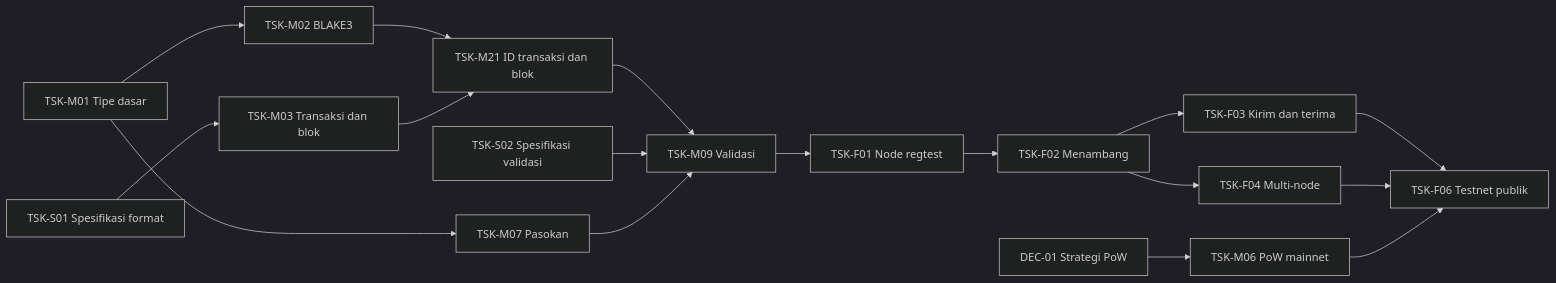
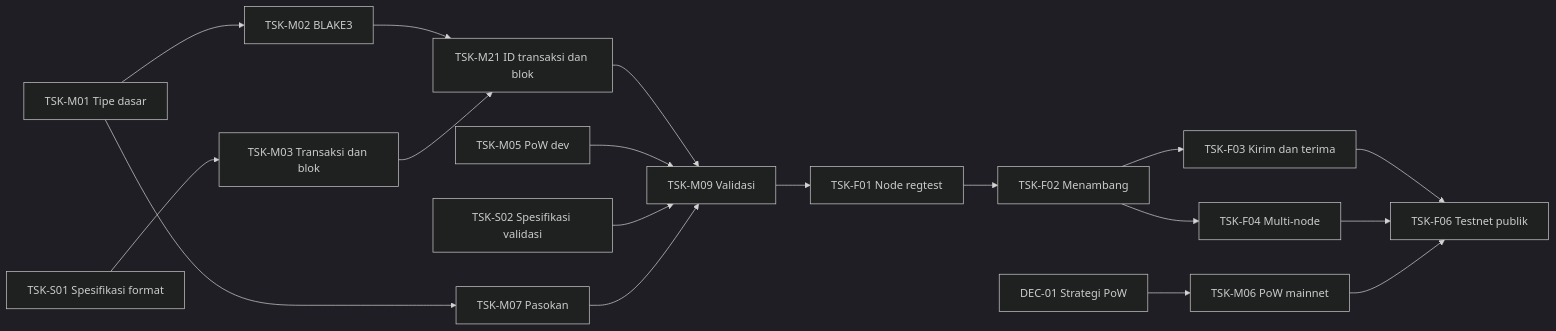
One commit to ratuaurion-dev/zevrigo changed the diagram in docs/tasks/README.md. Above: the diagram before and after it, drawn with Mermaid (dark theme). The commit also changed other lines of this file and 6 other files, not shown here.

````diff
--- a/docs/tasks/README.md
+++ b/docs/tasks/README.md
@@ -76,19 +76,20 @@
 ```mermaid
 graph LR
   TSKM01[TSK-M01 Tipe dasar] --> TSKM02[TSK-M02 BLAKE3]
   TSKM01 --> TSKM07[TSK-M07 Pasokan]
   TSKS01[TSK-S01 Spesifikasi format] --> TSKM03[TSK-M03 Transaksi dan blok]
   TSKM02 --> TSKM21[TSK-M21 ID transaksi dan blok]
   TSKM03 --> TSKM21
   TSKM21 --> TSKM09[TSK-M09 Validasi]
+  TSKM05[TSK-M05 PoW dev] --> TSKM09
   TSKS02[TSK-S02 Spesifikasi validasi] --> TSKM09
   TSKM07 --> TSKM09
   TSKM09 --> TSKF01[TSK-F01 Node regtest]
   TSKF01 --> TSKF02[TSK-F02 Menambang]
   TSKF02 --> TSKF03[TSK-F03 Kirim dan terima]
   TSKF02 --> TSKF04[TSK-F04 Multi-node]
   TSKF03 --> TSKF06[TSK-F06 Testnet publik]
   TSKF04 --> TSKF06
   DEC01[DEC-01 Strategi PoW] --> TSKM06[TSK-M06 PoW mainnet]
   TSKM06 --> TSKF06
 ```
````
